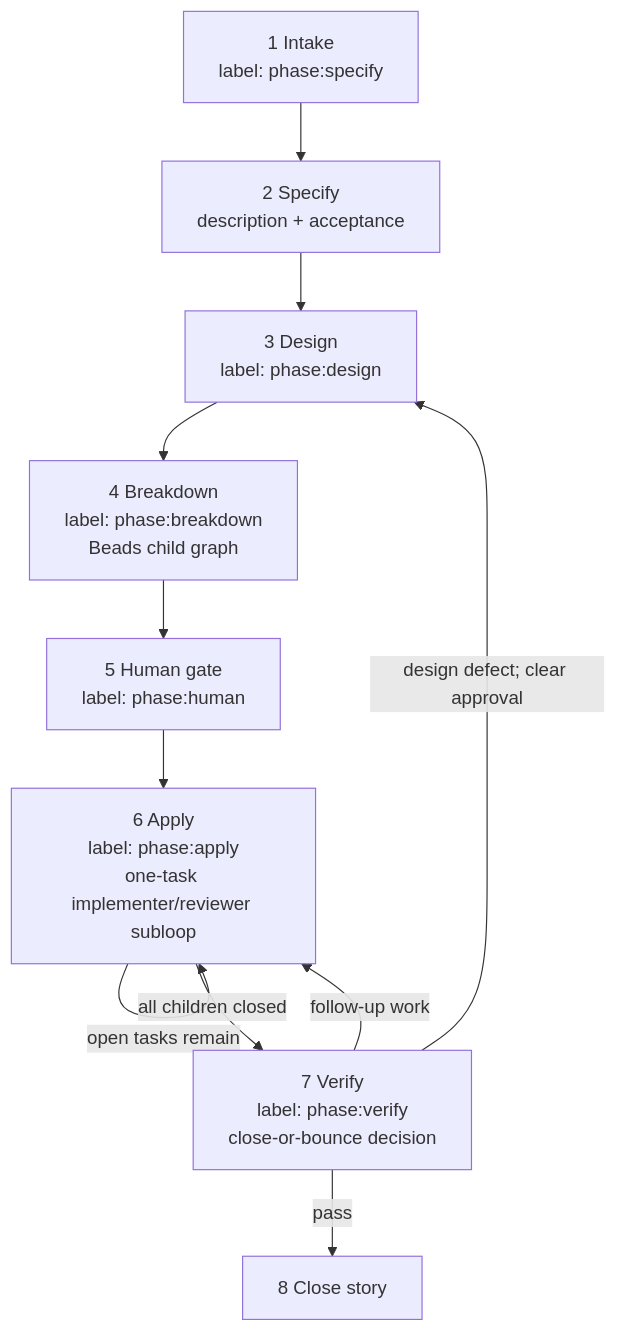
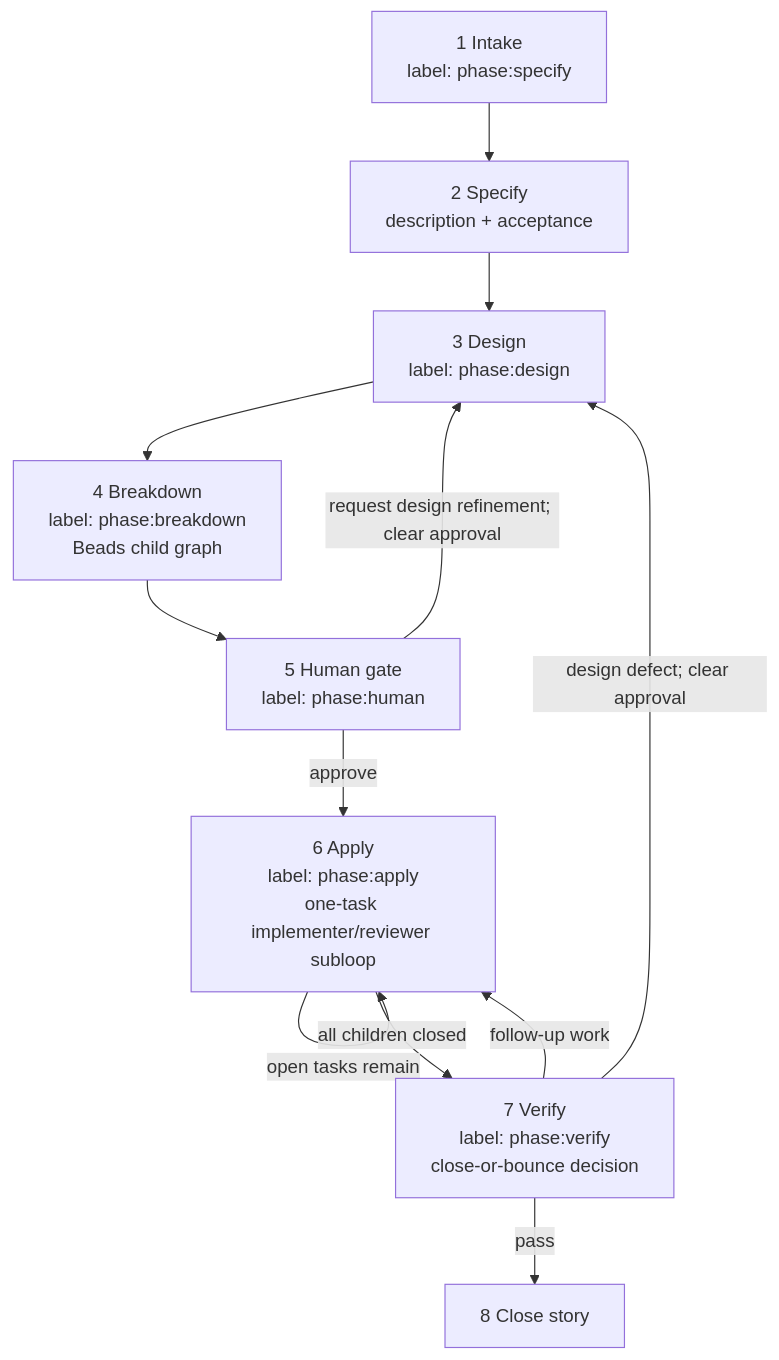
The diagram in plugins/prism/prefixed-skills/prism-lifecycle/references/lifecycle.md (baldaworks/prism), drawn with Mermaid before and after one commit. The commit also changed other lines of this file and 13 other files, not shown here.

````diff
--- a/plugins/prism/prefixed-skills/prism-lifecycle/references/lifecycle.md
+++ b/plugins/prism/prefixed-skills/prism-lifecycle/references/lifecycle.md
@@ -15,18 +16,20 @@
 ```mermaid
 flowchart TB
   I["1 Intake<br/>label: phase:specify"]
   S["2 Specify<br/>description + acceptance"]
   D["3 Design<br/>label: phase:design"]
   B["4 Breakdown<br/>label: phase:breakdown<br/>Beads child graph"]
   H["5 Human gate<br/>label: phase:human"]
   A["6 Apply<br/>label: phase:apply<br/>one-task implementer/reviewer subloop"]
   V["7 Verify<br/>label: phase:verify<br/>close-or-bounce decision"]
   C["8 Close story"]
 
-  I --> S --> D --> B --> H --> A
+  I --> S --> D --> B --> H
+  H -->|"approve"| A
+  H -->|"request design refinement; clear approval"| D
   A -->|"open tasks remain"| A
   A -->|"all children closed"| V
   V -->|"follow-up work"| A
   V -->|"design defect; clear approval"| D
   V -->|"pass"| C
 ```
````
